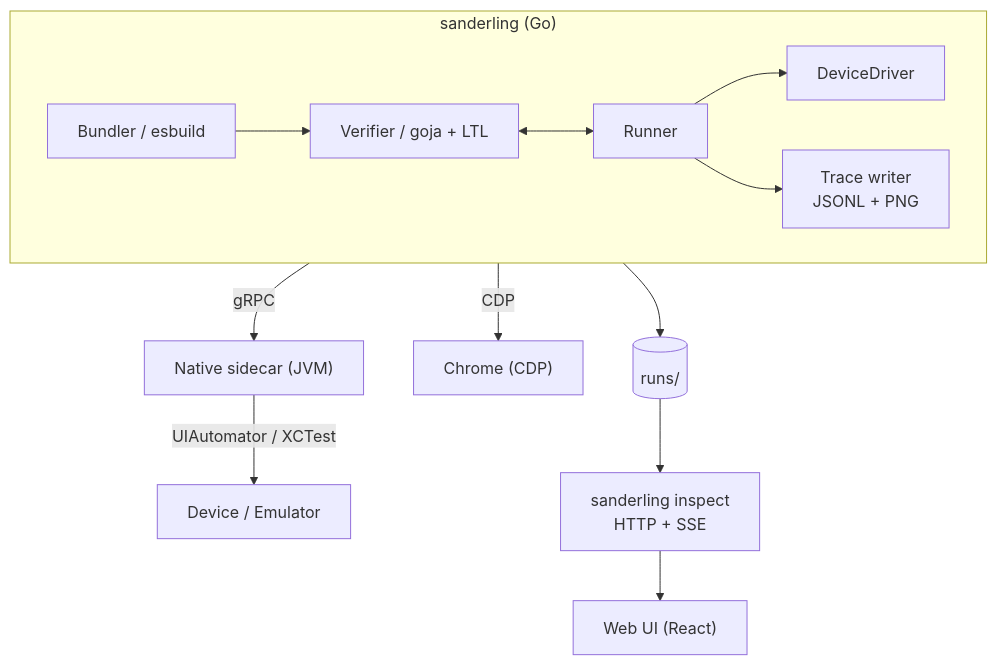
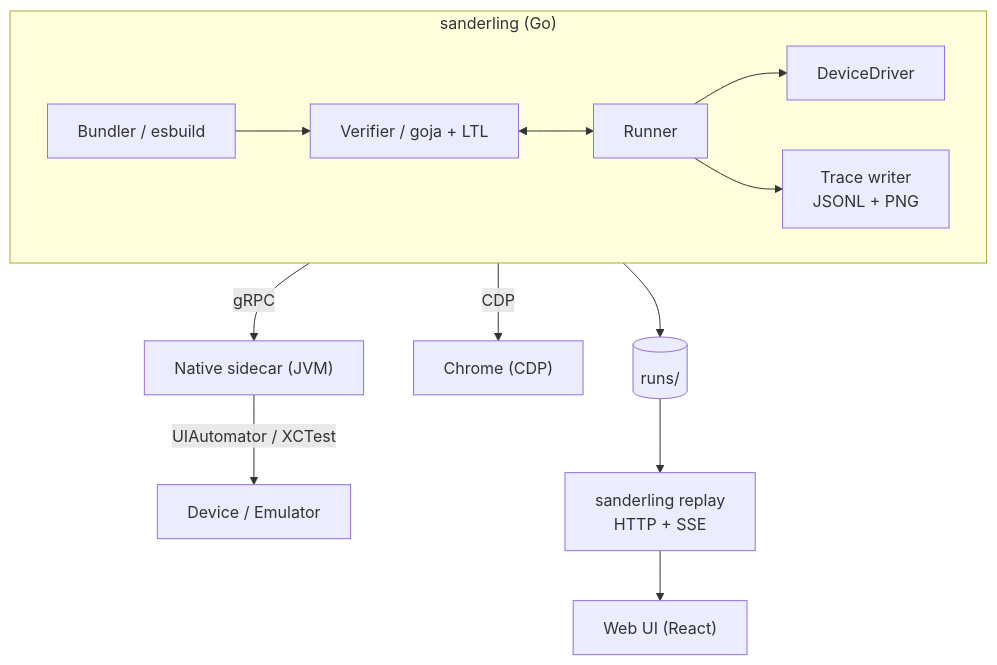
One commit to priyanshujain/sanderling changed the diagram in docs/development/architecture.md. Above: the diagram before and after it, drawn with Mermaid. The commit also changed other lines of this file and 70 other files, not shown here.

````diff
--- a/docs/development/architecture.md
+++ b/docs/development/architecture.md
@@ -7,23 +7,23 @@
 ```mermaid
 flowchart TB
     subgraph go["sanderling (Go)"]
         direction LR
         B["Bundler / esbuild"] --> V["Verifier / goja + LTL"]
         V <--> R["Runner"]
         R --> D["DeviceDriver"]
         R --> T["Trace writer\nJSONL + PNG"]
     end
 
     SC["Native sidecar (JVM)"]
     DC["Device / Emulator"]
     CH["Chrome (CDP)"]
     RD[("runs/")]
-    IN["sanderling inspect\nHTTP + SSE"]
+    IN["sanderling replay\nHTTP + SSE"]
     UI["Web UI (React)"]
 
     D -->|gRPC| SC
     SC -->|UIAutomator / XCTest| DC
     D -->|CDP| CH
 
     T --> RD --> IN --> UI
 ```
````
